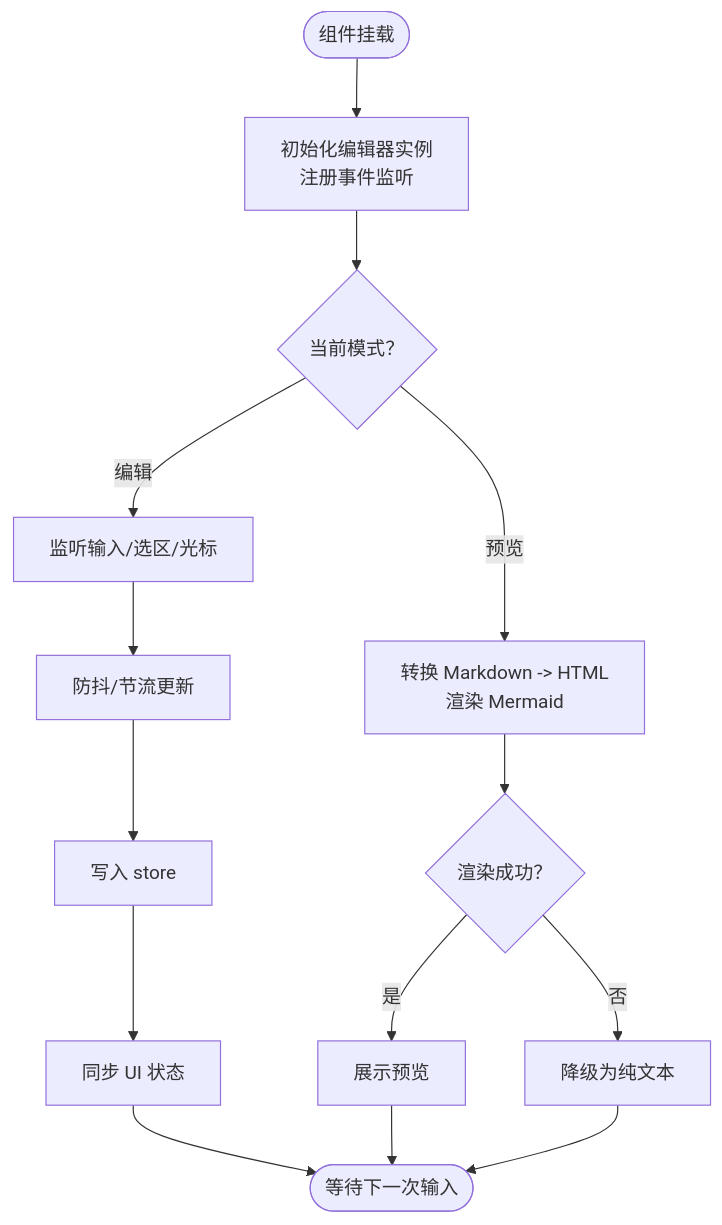
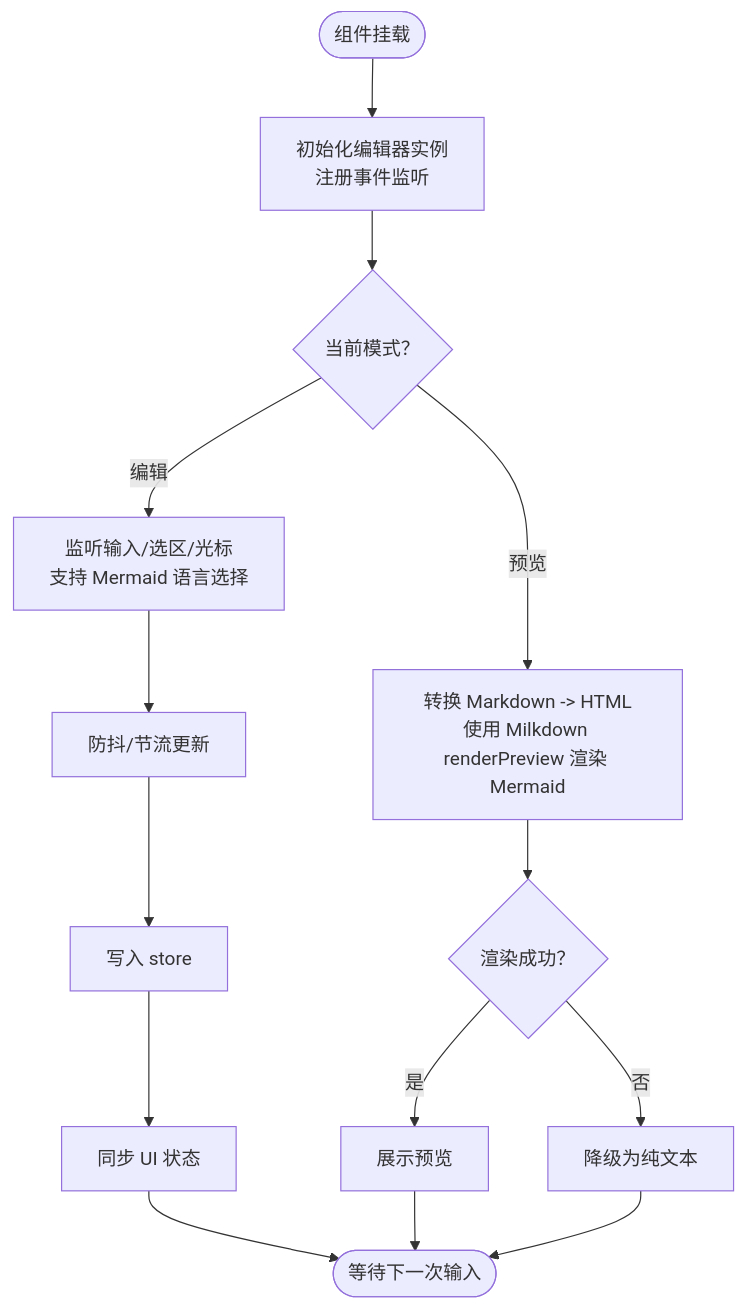
Before and after one commit to gongshiyun/ZenNote: the third of 7 diagrams in .qoder/repowiki/zh/content/核心组件/编辑器组件.md, drawn with Mermaid. The commit also changed other lines of this file and 40 other files, not shown here.

````diff
--- a/.qoder/repowiki/zh/content/核心组件/编辑器组件.md
+++ b/.qoder/repowiki/zh/content/核心组件/编辑器组件.md
@@ -156,16 +166,16 @@
 ```mermaid
 flowchart TD
 Start(["组件挂载"]) --> Init["初始化编辑器实例<br/>注册事件监听"]
 Init --> Mode{"当前模式？"}
-Mode --> |编辑| EditFlow["监听输入/选区/光标"]
-Mode --> |预览| PreviewFlow["转换 Markdown -> HTML<br/>渲染 Mermaid"]
+Mode --> |编辑| EditFlow["监听输入/选区/光标<br/>支持 Mermaid 语言选择"]
+Mode --> |预览| PreviewFlow["转换 Markdown -> HTML<br/>使用 Milkdown renderPreview 渲染 Mermaid"]
 EditFlow --> Debounce["防抖/节流更新"]
 Debounce --> UpdateStore["写入 store"]
 PreviewFlow --> RenderOK{"渲染成功？"}
 RenderOK --> |是| ShowPreview["展示预览"]
 RenderOK --> |否| Fallback["降级为纯文本"]
 UpdateStore --> SyncUI["同步 UI 状态"]
 SyncUI --> End(["等待下一次输入"])
 ShowPreview --> End
 Fallback --> End
 ```
````
